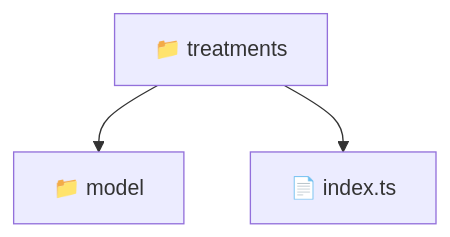
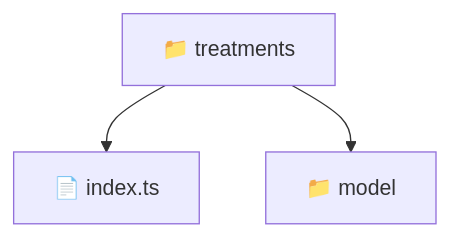
The diagram in frontend/src/features/treatments/README.md (beginwebdev2002/fullstack-mavluda), drawn with Mermaid before and after one commit. The commit also changed other lines of this file and 164 other files, not shown here.

First line of the commit message:
docs: generate comprehensive architectural READMEs recursively

````diff
--- a/frontend/src/features/treatments/README.md
+++ b/frontend/src/features/treatments/README.md
@@ -11,6 +11,6 @@
 ```mermaid
 graph TD
-  Root["📁 treatments"]
-  Root --> model["📁 model"]
-  Root --> index_ts["📄 index.ts"]
+  Root_treatments["📁 treatments"]
+  Root_treatments --> f_index_ts["📄 index.ts"]
+  Root_treatments --> d_model["📁 model"]
 ```
````
